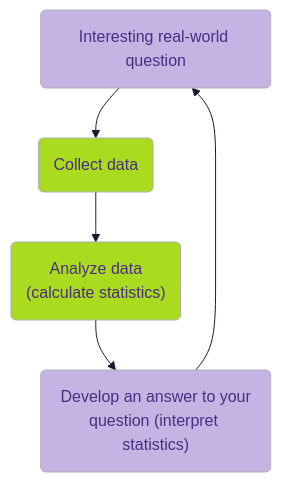
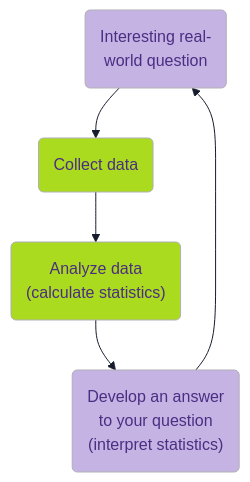
The fifth of 6 diagrams in Lectures/lecture1.qmd (vsass/SOC221), drawn with Mermaid before and after one commit. The commit also changed other lines of this file and 5 other files, not shown here.

````diff
--- a/Lectures/lecture1.qmd
+++ b/Lectures/lecture1.qmd
@@ -323,21 +323,21 @@
 ```{mermaid}
 %%| echo: false
 %%| fig-height: 6
 %%| fig-width: 5
 %%| fig-align: left
 %%{
   init: {
     'theme': 'base',
     'themeVariables': {
       'background': '#e8e3d3',
       'primaryColor': '#c5b4e3',
       'primaryTextColor': '#4b2e83'
     }
   }
 }%%
 flowchart TB
-      id1(Interesting real-world question) --> id2(Collect data) --> id3("Analyze data\n(calculate statistics)") --> id4("Develop an answer to your\nquestion (interpret statistics)")
+      id1(Interesting real-<br>world question) --> id2(Collect data) --> id3("Analyze data<br>(calculate statistics)") --> id4("Develop an answer <br> to your question <br> (interpret statistics)")
       id4 --> id1
       style id2 fill:#aadb1e,color:#4b2e83
       style id3 fill:#aadb1e,color:#4b2e83
 ```
````
